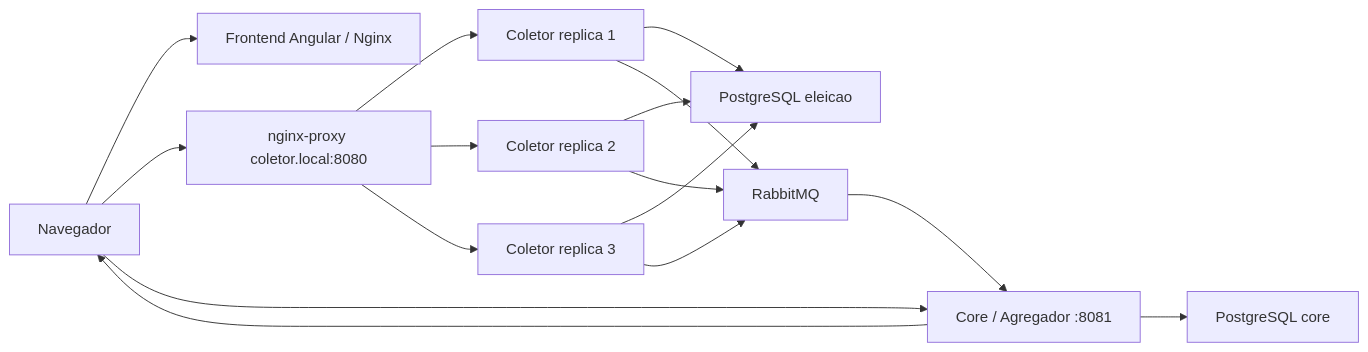
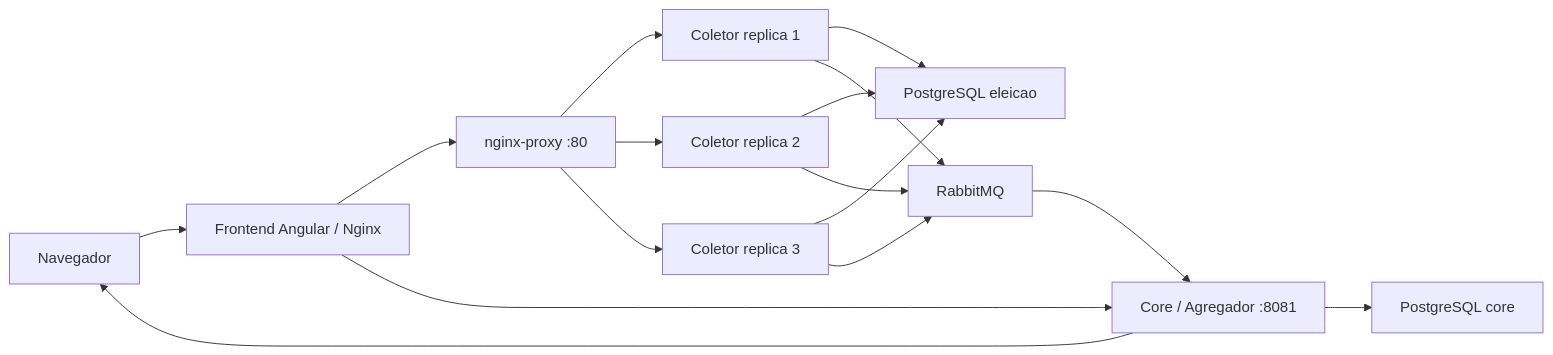
Before and after one commit to kevennlaranjeira/VotoDistribu-do: the diagram in docs/ARQUITETURA.md, drawn with Mermaid. The commit also changed other lines of this file and 9 other files, not shown here.

````diff
--- a/docs/ARQUITETURA.md
+++ b/docs/ARQUITETURA.md
@@ -7,18 +7,18 @@
 ```mermaid
 flowchart LR
     Browser["Navegador"] --> Frontend["Frontend Angular / Nginx"]
-    Browser --> Proxy["nginx-proxy coletor.local:8080"]
-    Browser --> Core["Core / Agregador :8081"]
+    Frontend --> Proxy["nginx-proxy :80"]
+    Frontend --> Core["Core / Agregador :8081"]
     Proxy --> Coletor1["Coletor replica 1"]
     Proxy --> Coletor2["Coletor replica 2"]
     Proxy --> Coletor3["Coletor replica 3"]
     Coletor1 --> BancoEleicao["PostgreSQL eleicao"]
     Coletor2 --> BancoEleicao
     Coletor3 --> BancoEleicao
     Coletor1 --> Rabbit["RabbitMQ"]
     Coletor2 --> Rabbit
     Coletor3 --> Rabbit
     Rabbit --> Core
     Core --> BancoCore["PostgreSQL core"]
     Core --> Browser
 ```
````
